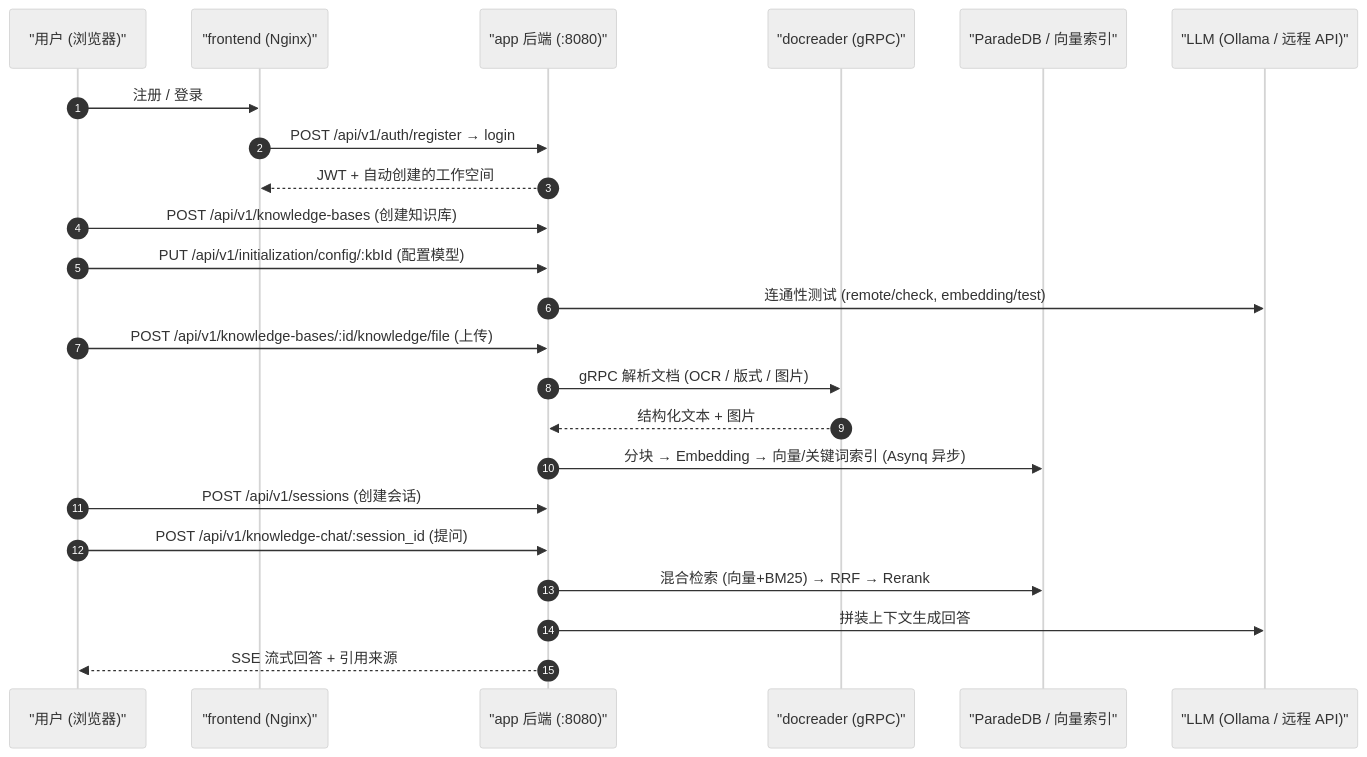
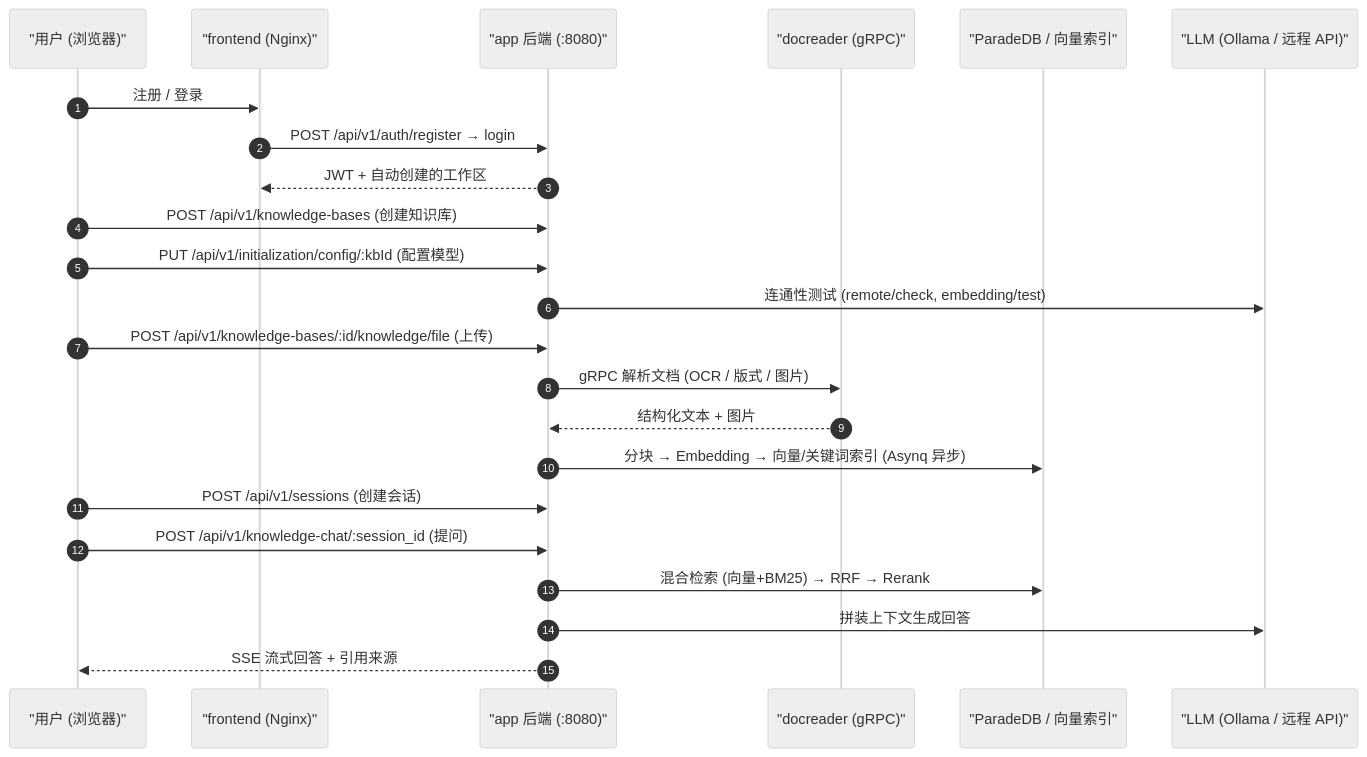
Before and after one commit to magicyuan876/Yuheng: the diagram in website-docs/01-getting-started/03-quickstart.md, drawn with Mermaid (neutral theme). The commit also changed other lines of this file and 79 other files, not shown here.

````diff
--- a/website-docs/01-getting-started/03-quickstart.md
+++ b/website-docs/01-getting-started/03-quickstart.md
@@ -163,25 +163,25 @@
 ```mermaid
 sequenceDiagram
     autonumber
     participant U as "用户 (浏览器)"
     participant FE as "frontend (Nginx)"
     participant APP as "app 后端 (:8080)"
     participant DR as "docreader (gRPC)"
     participant DB as "ParadeDB / 向量索引"
     participant LLM as "LLM (Ollama / 远程 API)"
     U->>FE: 注册 / 登录
     FE->>APP: POST /api/v1/auth/register → login
-    APP-->>FE: JWT + 自动创建的工作空间
+    APP-->>FE: JWT + 自动创建的工作区
     U->>APP: POST /api/v1/knowledge-bases (创建知识库)
     U->>APP: PUT /api/v1/initialization/config/:kbId (配置模型)
     APP->>LLM: 连通性测试 (remote/check, embedding/test)
     U->>APP: POST /api/v1/knowledge-bases/:id/knowledge/file (上传)
     APP->>DR: gRPC 解析文档 (OCR / 版式 / 图片)
     DR-->>APP: 结构化文本 + 图片
     APP->>DB: 分块 → Embedding → 向量/关键词索引 (Asynq 异步)
     U->>APP: POST /api/v1/sessions (创建会话)
     U->>APP: POST /api/v1/knowledge-chat/:session_id (提问)
     APP->>DB: 混合检索 (向量+BM25) → RRF → Rerank
     APP->>LLM: 拼装上下文生成回答
     APP-->>U: SSE 流式回答 + 引用来源
 ```
````
